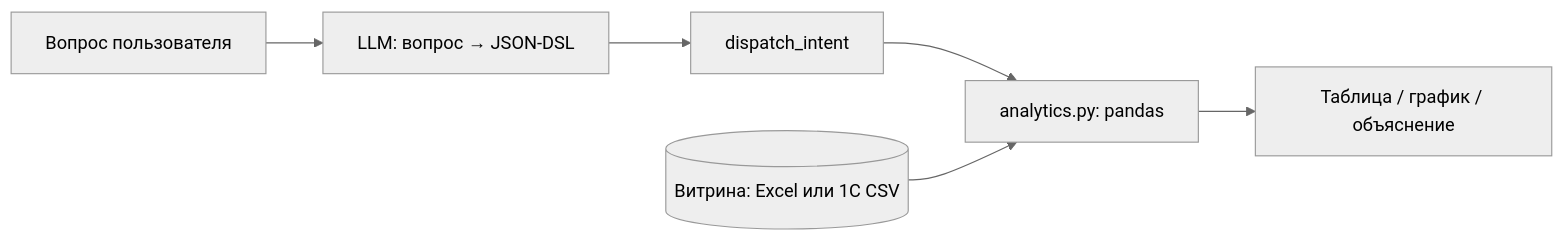
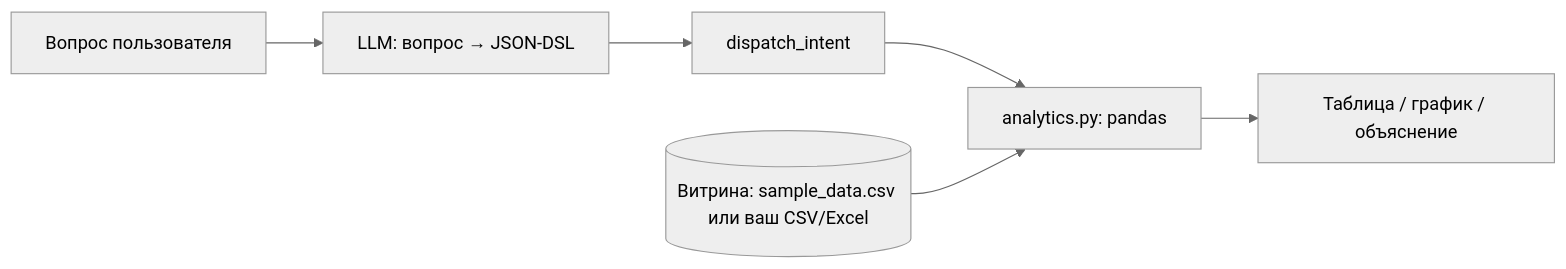
Before and after one commit to Smaturus/1c-ai-analyst: the diagram in README.md, drawn with Mermaid (neutral theme). The commit also changed other lines of this file and 10 other files, not shown here.

````diff
--- a/README.md
+++ b/README.md
@@ -13,8 +15,8 @@
 ```mermaid
 flowchart LR
     Q[Вопрос пользователя] --> LLM[LLM: вопрос → JSON-DSL]
     LLM --> D[dispatch_intent]
     D --> A[analytics.py: pandas]
-    DATA[(Витрина: Excel или 1С CSV)] --> A
+    DATA[(Витрина: sample_data.csv или ваш CSV/Excel)] --> A
     A --> R[Таблица / график / объяснение]
 ```
````
